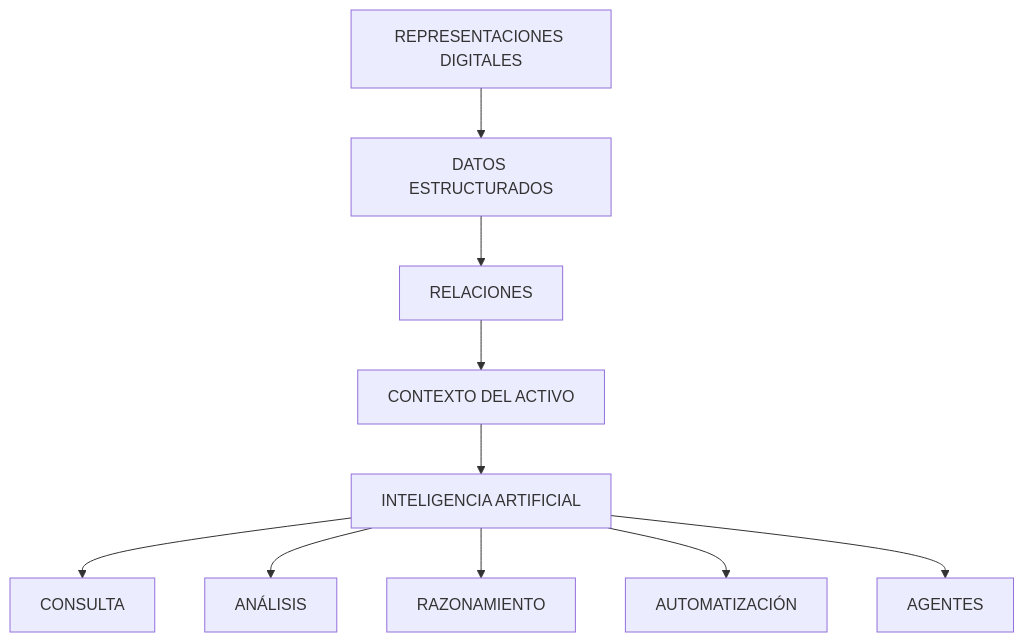
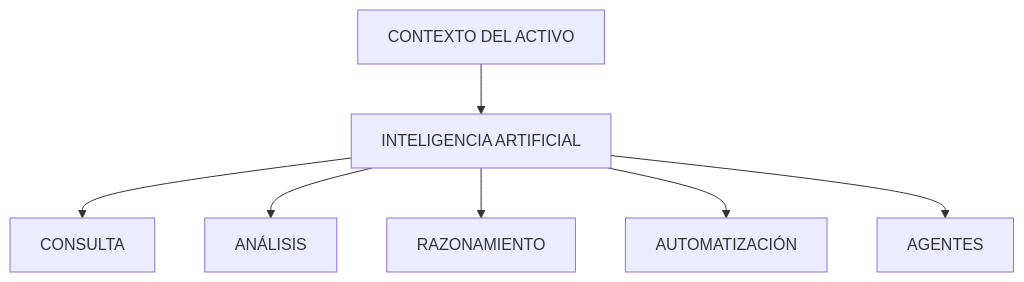
One commit to puyojulian-ascend/DiplomadoBIM.IA changed the sixth of 6 diagrams in docs/sessions/01-generalidades.md. Above: the diagram before and after it, drawn with Mermaid. The commit also changed other lines of this file, not shown here.

````diff
--- a/docs/sessions/01-generalidades.md
+++ b/docs/sessions/01-generalidades.md
@@ -1313,19 +1323,13 @@
 ```mermaid
 flowchart TB
-    A[REPRESENTACIONES DIGITALES]
-    B[DATOS ESTRUCTURADOS]
-    C[RELACIONES]
     D[CONTEXTO DEL ACTIVO]
     E[INTELIGENCIA ARTIFICIAL]
 
-    A --> B
-    B --> C
-    C --> D
     D --> E
 
     E --> F[CONSULTA]
     E --> G[ANÁLISIS]
     E --> H[RAZONAMIENTO]
     E --> I[AUTOMATIZACIÓN]
     E --> J[AGENTES]
 ```
````
